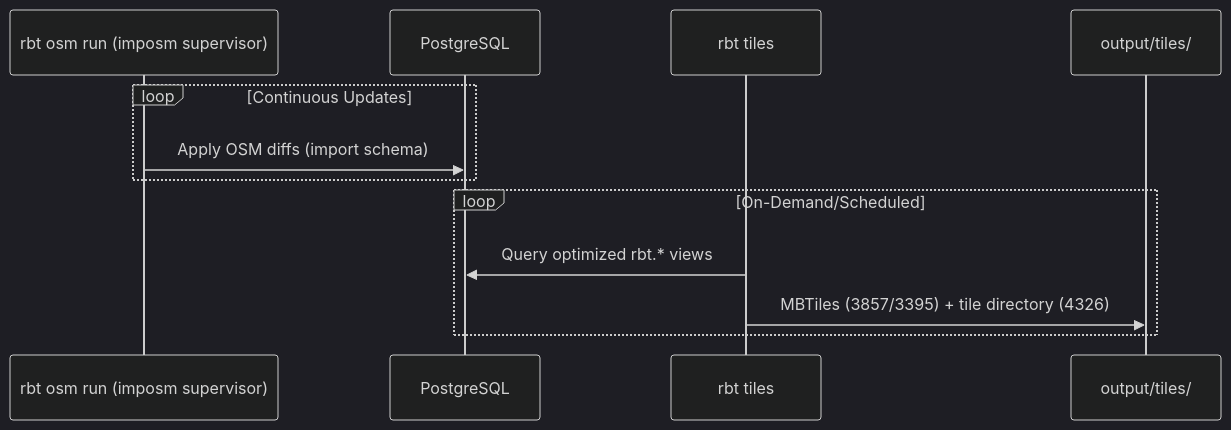
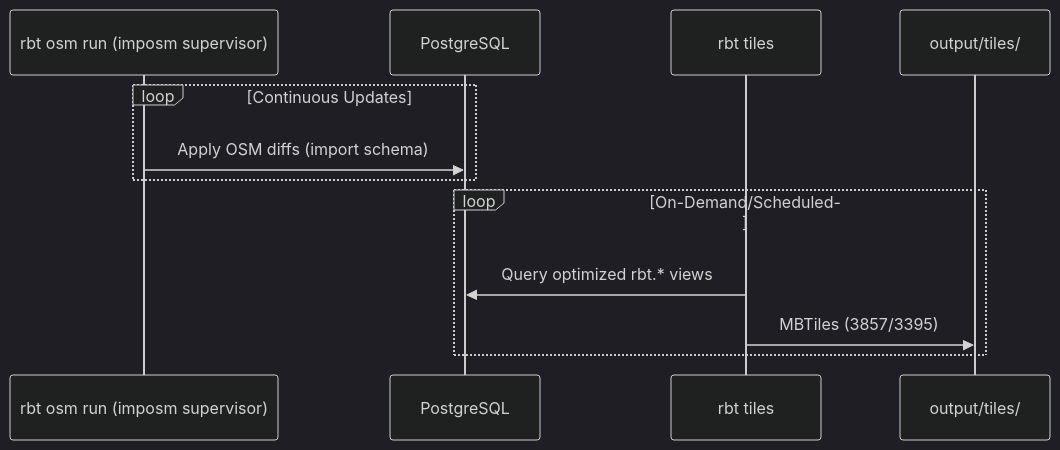
One commit to mjj203/rbt-data-generator changed the third of 4 diagrams in docs/architecture.md. Above: the diagram before and after it, drawn with Mermaid (dark theme). The commit also changed other lines of this file and 35 other files, not shown here.

````diff
--- a/docs/architecture.md
+++ b/docs/architecture.md
@@ -134,16 +132,16 @@
 ```mermaid
 sequenceDiagram
     participant Updates as rbt osm run (imposm supervisor)
     participant DB as PostgreSQL
     participant TileGen as rbt tiles
     participant Output as output/tiles/
     
     loop Continuous Updates
         Updates->>DB: Apply OSM diffs (import schema)
     end
     
     loop On-Demand/Scheduled
         TileGen->>DB: Query optimized rbt.* views
-        TileGen->>Output: MBTiles (3857/3395) + tile directory (4326)
+        TileGen->>Output: MBTiles (3857/3395)
     end
 ```
````
